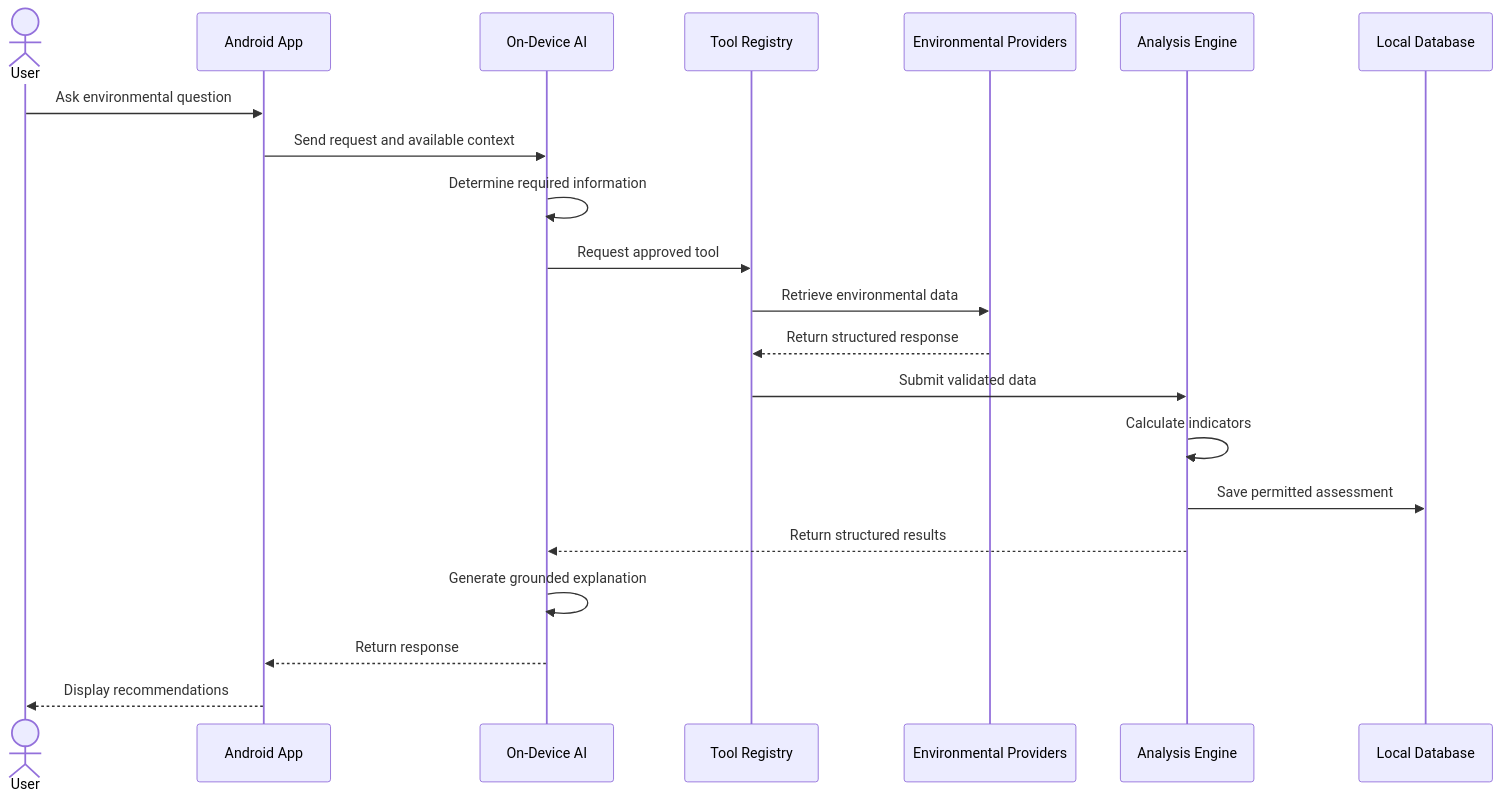
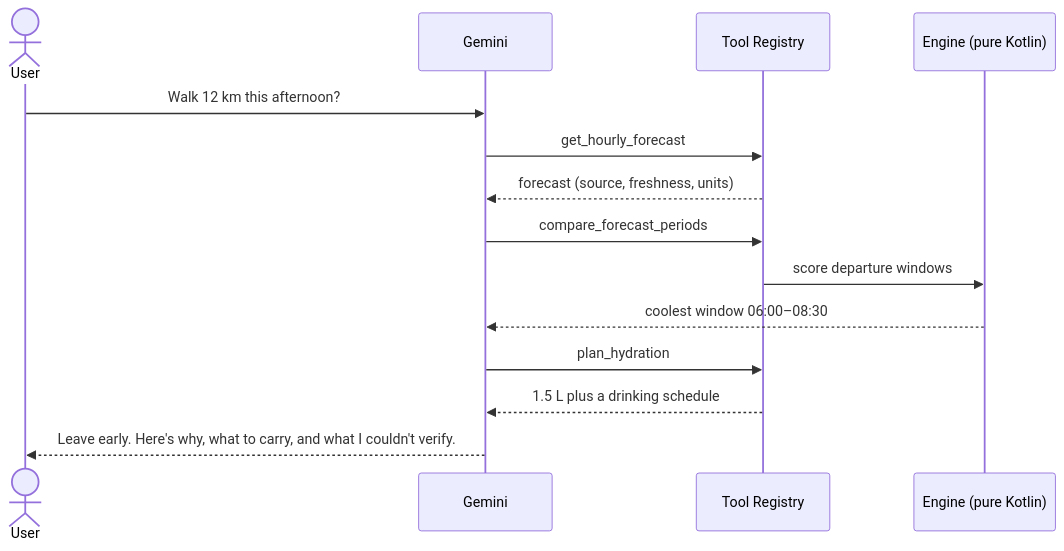
Before and after one commit to Ferousco-dev/hydro: the second of 2 diagrams in README.md, drawn with Mermaid. The commit also changed other lines of this file and 152 other files, not shown here.

````diff
--- a/README.md
+++ b/README.md
@@ -271,24 +95,16 @@
 ```mermaid
 sequenceDiagram
     actor User
-    participant App as Android App
-    participant AI as On-Device AI
+    participant AI as Gemini
     participant Tools as Tool Registry
-    participant Data as Environmental Providers
-    participant Engine as Analysis Engine
-    participant DB as Local Database
-
-    User->>App: Ask environmental question
-    App->>AI: Send request and available context
-    AI->>AI: Determine required information
-    AI->>Tools: Request approved tool
-    Tools->>Data: Retrieve environmental data
-    Data-->>Tools: Return structured response
-    Tools->>Engine: Submit validated data
-    Engine->>Engine: Calculate indicators
-    Engine->>DB: Save permitted assessment
-    Engine-->>AI: Return structured results
-    AI->>AI: Generate grounded explanation
-    AI-->>App: Return response
-    App-->>User: Display recommendations
+    participant Engine as Engine (pure Kotlin)
+    User->>AI: Walk 12 km this afternoon?
+    AI->>Tools: get_hourly_forecast
+    Tools-->>AI: forecast (source, freshness, units)
+    AI->>Tools: compare_forecast_periods
+    Tools->>Engine: score departure windows
+    Engine-->>AI: coolest window 06:00–08:30
+    AI->>Tools: plan_hydration
+    Tools-->>AI: 1.5 L plus a drinking schedule
+    AI-->>User: Leave early. Here's why, what to carry, and what I couldn't verify.
 ```
````
